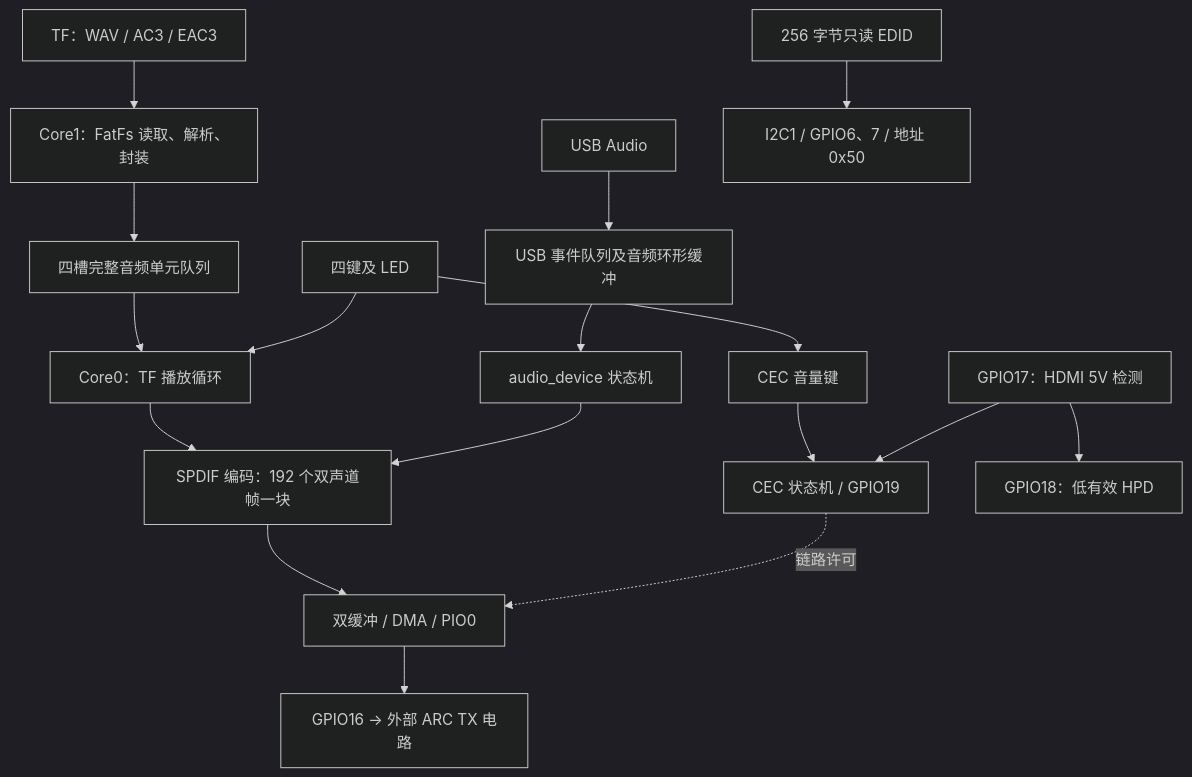
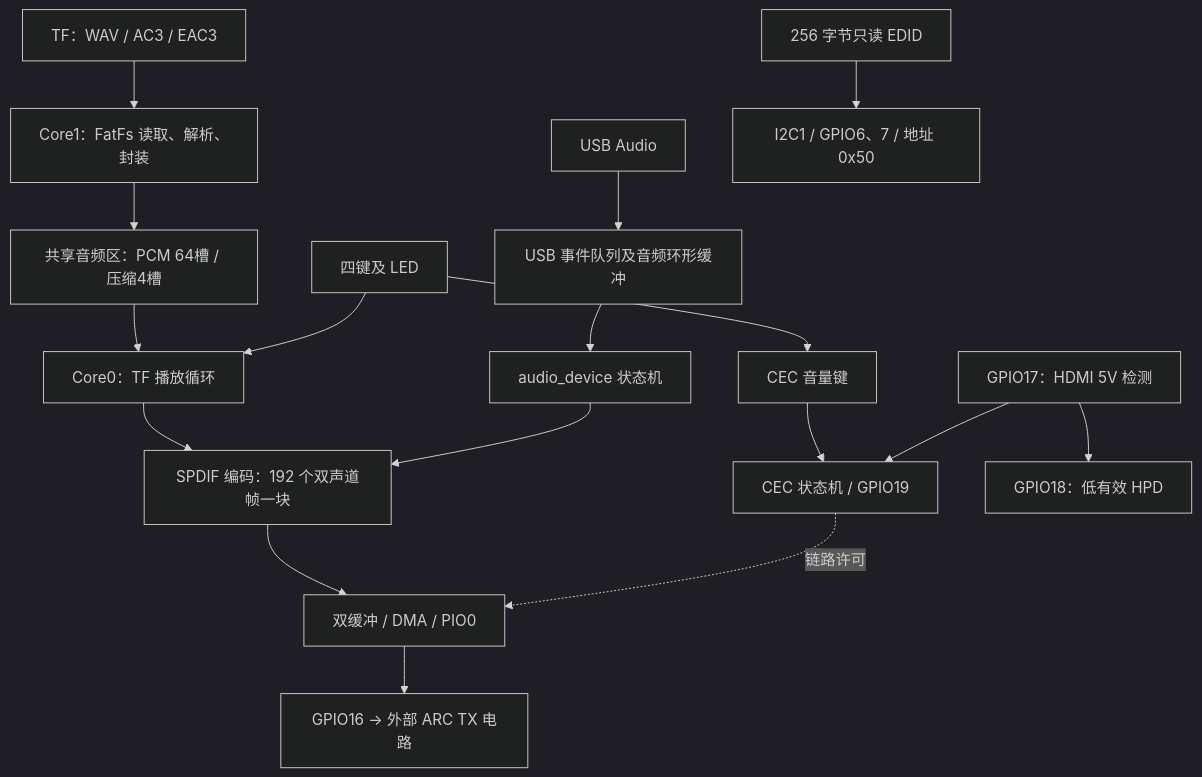
The first of 5 diagrams in PROGRAM_LOGIC.md (Leihognlun/pico-dac2), drawn with Mermaid (dark theme) before and after one commit. The commit also changed other lines of this file and 5 other files, not shown here.

````diff
--- a/PROGRAM_LOGIC.md
+++ b/PROGRAM_LOGIC.md
@@ -12,19 +12,19 @@
 ```mermaid
 flowchart TB
     TF[TF：WAV / AC3 / EAC3] --> C1[Core1：FatFs 读取、解析、封装]
-    C1 --> Q[四槽完整音频单元队列]
+    C1 --> Q[共享音频区：PCM 64槽 / 压缩4槽]
     Q --> C0[Core0：TF 播放循环]
     KEYS[四键及 LED] --> C0
     KEYS --> VOL[CEC 音量键]
     USB[USB Audio] --> RB[USB 事件队列及音频环形缓冲]
     RB --> AUDIO[audio_device 状态机]
     C0 --> SPDIF[SPDIF 编码：192 个双声道帧一块]
     AUDIO --> SPDIF
     SPDIF --> DMA[双缓冲 / DMA / PIO0]
     DMA --> ARC[GPIO16 → 外部 ARC TX 电路]
     VOL --> CEC[CEC 状态机 / GPIO19]
     CEC -.->|链路许可| DMA
     DET[GPIO17：HDMI 5V 检测] --> CEC
     DET --> HPD[GPIO18：低有效 HPD]
     EDID[256 字节只读 EDID] --> DDC[I2C1 / GPIO6、7 / 地址 0x50]
 ```
````
